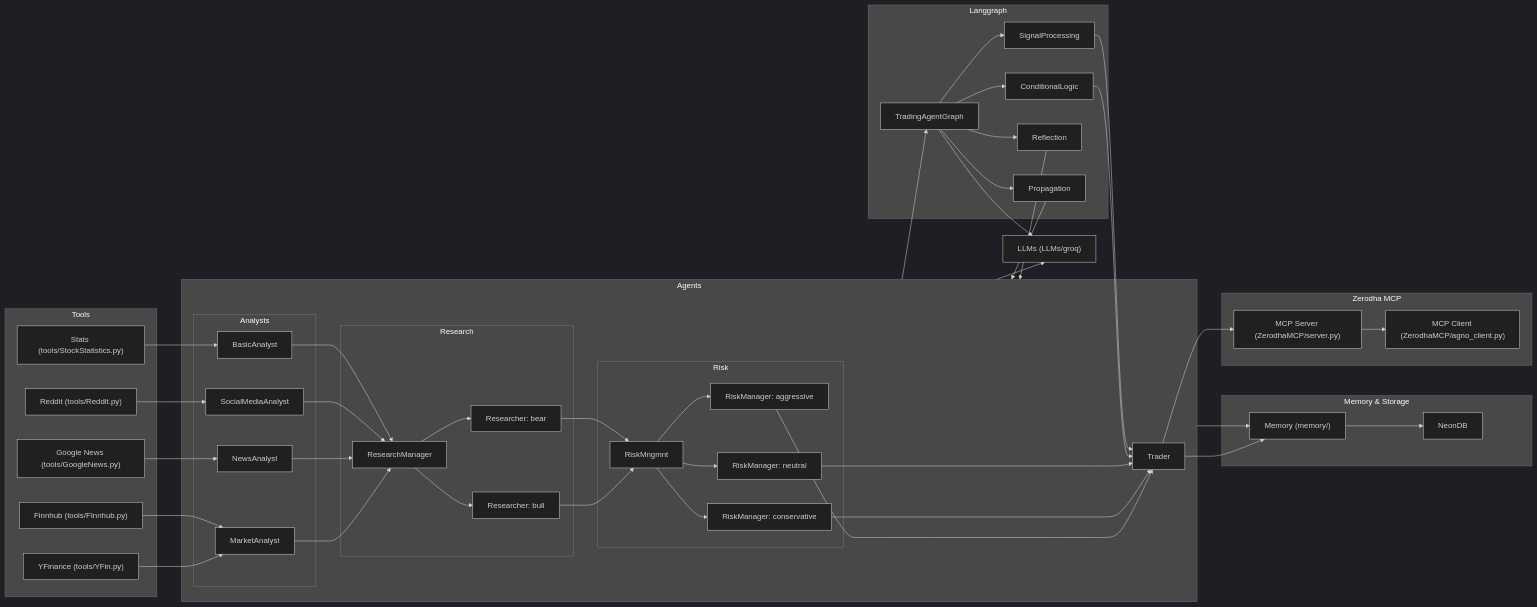
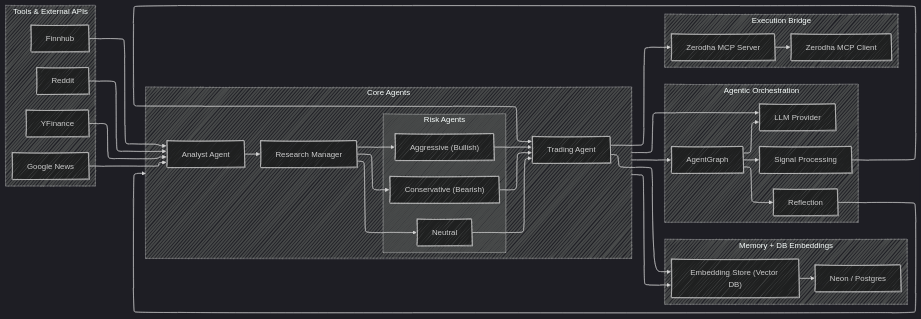
The diagram in README.md (kunalpro379/FINAgent), drawn with Mermaid (dark theme) before and after one commit.

````diff
--- a/README.md
+++ b/README.md
@@ -66,104 +66,56 @@
 ```mermaid
-graph LR
-  %% Data Sources and Tools
-  subgraph DataTools["Tools"]
-    YF["YFinance (tools/YFin.py)"]
-    GN["Google News (tools/GoogleNews.py)"]
-    RD["Reddit (tools/Reddit.py)"]
-    FH["Finnhub (tools/FInnhub.py)"]
-    SS["Stats (tools/StockStatistics.py)"]
+---
+config:
+  look: handDrawn
+  layout: elk
+---
+flowchart LR
+ subgraph DataTools["Tools & External APIs"]
+        YF["YFinance"]
+        GN["Google News"]
+        RD["Reddit"]
+        FH["Finnhub"]
   end
+ subgraph Risk["Risk Agents"]
+        CON["Conservative (Bearish)"]
+        NTR["Neutral"]
+        AGR["Aggressive (Bullish)"]
+  end
+ subgraph Agents["Core Agents"]
+        ANA["Analyst Agent"]
+        RES["Research Manager"]
+        Risk
+        TRD["Trading Agent"]
+  end
+ subgraph MemoryLayer["Memory + DB Embeddings"]
+        EMB["Embedding Store (Vector DB)"]
+        DB["Neon / Postgres"]
+  end
+ subgraph Orchestration["Agentic Orchestration"]
+        LLM["LLM Provider"]
+        GPH["AgentGraph"]
+        SIG["Signal Processing"]
+        REF["Reflection"]
+  end
+ subgraph Broker["Execution Bridge"]
+        ZSRV["Zerodha MCP Server"]
+        ZCLI["Zerodha MCP Client"]
+  end
+    YF --> ANA
+    GN --> ANA
+    RD --> ANA
+    FH --> ANA
+    ANA --> RES
+    RES --> CON & NTR & AGR
+    CON --> TRD
+    NTR --> TRD
+    AGR --> TRD
+    Agents --> GPH & LLM & EMB
+    GPH --> SIG & REF & LLM
+    SIG --> TRD
+    REF --> Agents
+    EMB --> DB
+    TRD --> EMB & ZSRV
+    ZSRV --> ZCLI
 
-  %% Agents
-  subgraph Agents["Agents"]
-    subgraph Analysts
-      MA["MarketAnalyst"]
-      NA["NewsAnalyst"]
-      SMA["SocialMediaAnalyst"]
-      BA["BasicAnalyst"]
-    end
-    subgraph Research
-      RM["ResearchManager"]
-      BULL["Researcher: bull"]
-      BEAR["Researcher: bear"]
-    end
-    subgraph Risk
-      AGR["RiskManager: aggressive"]
-      CON["RiskManager: conservative"]
-      NTR["RiskManager: neutral"]
-      RSK["RiskMngmnt"]
-    end
-    TRD["Trader"]
-  end
-
-  %% Orchestration & Memory
-  subgraph Orchestration["Langgraph"]
-    TG["TradingAgentGraph"]
-    CL["ConditionalLogic"]
-    SP["SignalProcessing"]
-    RF["Reflection"]
-    PG["Propagation"]
-  end
-
-  subgraph MemoryLayer["Memory & Storage"]
-    MEM["Memory (memory/)"]
-    NEON["NeonDB"]
-  end
-
-  subgraph MCP["Zerodha MCP"]
-    SRV["MCP Server (ZerodhaMCP/server.py)"]
-    CLI["MCP Client (ZerodhaMCP/agno_client.py)"]
-  end
-
-  %% LLMs
-  LLM["LLMs (LLMs/groq)"]
-
-  %% Data flow
-  YF --> MA
-  GN --> NA
-  RD --> SMA
-  FH --> MA
-  SS --> BA
-
-  MA --> RM
-  NA --> RM
-  SMA --> RM
-  BA --> RM
-
-  RM --> BULL
-  RM --> BEAR
-  BULL --> RSK
-  BEAR --> RSK
-
-  RSK --> AGR
-  RSK --> CON
-  RSK --> NTR
-
-  AGR --> TRD
-  CON --> TRD
-  NTR --> TRD
-
-  %% Orchestration interactions
-  Agents --> TG
-  TG --> CL
-  TG --> SP
-  TG --> RF
-  TG --> PG
-  CL --> TRD
-  SP --> TRD
-  RF --> Agents
-  PG --> Agents
-
-  %% Memory and storage
-  Agents --> MEM
-  TRD --> MEM
-  MEM --> NEON
-
-  %% LLM usage
-  Agents --> LLM
-  TG --> LLM
-
-  %% MCP bridge
-  TRD --> SRV
-  SRV --> CLI
 ```
````
